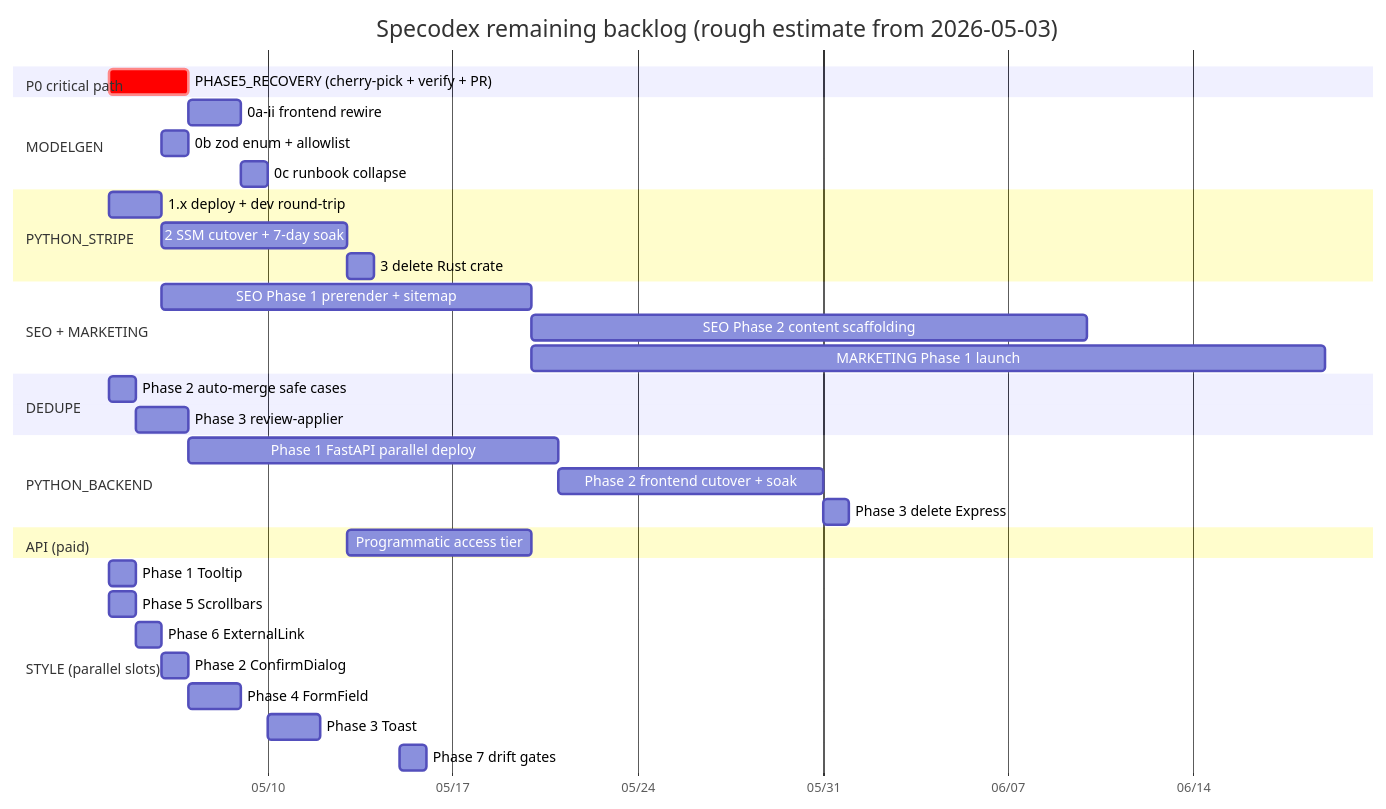
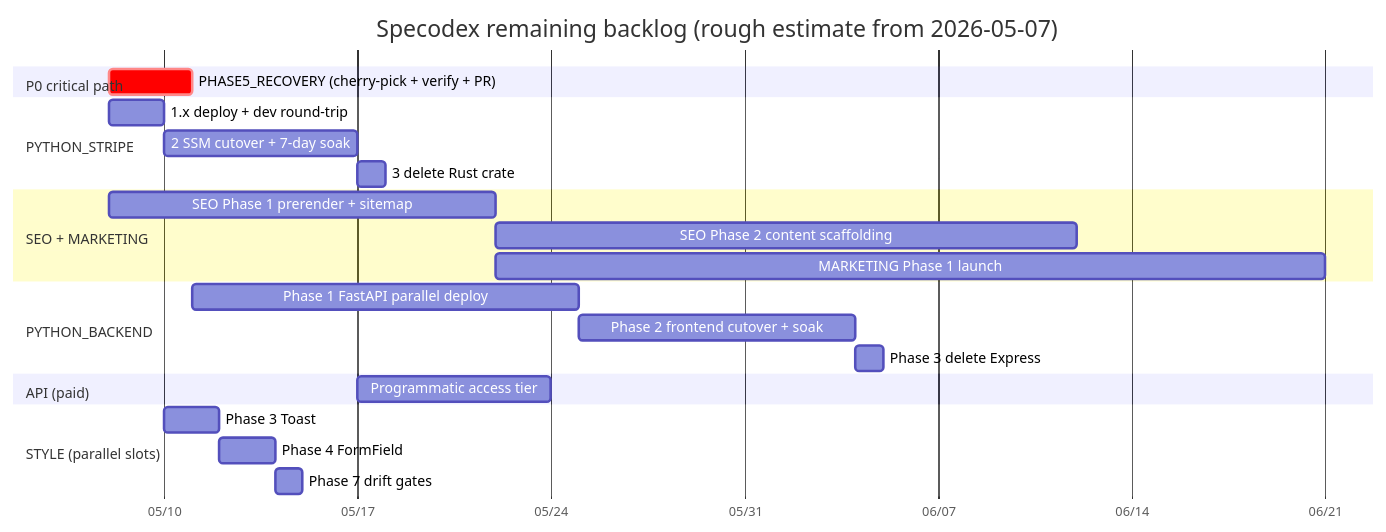
One commit to JimothyJohn/specodex changed the second of 2 diagrams in todo/README.md. Above: the diagram before and after it, drawn with Mermaid. The commit also changed other lines of this file, not shown here.

First line of the commit message:
docs(readme): refresh snapshot for 2026-05-07 (post-merge cleanup)

````diff
--- a/todo/README.md
+++ b/todo/README.md
@@ -174,45 +156,32 @@
 ```mermaid
 gantt
-    title Specodex remaining backlog (rough estimate from 2026-05-03)
+    title Specodex remaining backlog (rough estimate from 2026-05-07)
     dateFormat YYYY-MM-DD
     axisFormat %m/%d
 
     section P0 critical path
-    PHASE5_RECOVERY (cherry-pick + verify + PR) :crit, p5, 2026-05-04, 3d
-
-    section MODELGEN
-    0a-ii frontend rewire           :m1, after p5, 2d
-    0b zod enum + allowlist         :m2, 2026-05-06, 1d
-    0c runbook collapse             :after m1, 1d
+    PHASE5_RECOVERY (cherry-pick + verify + PR) :crit, p5, 2026-05-08, 3d
 
     section PYTHON_STRIPE
-    1.x deploy + dev round-trip      :s1, 2026-05-04, 2d
+    1.x deploy + dev round-trip      :s1, 2026-05-08, 2d
     2 SSM cutover + 7-day soak       :s2, after s1, 7d
     3 delete Rust crate              :after s2, 1d
 
     section SEO + MARKETING
-    SEO Phase 1 prerender + sitemap  :seo1, 2026-05-06, 14d
+    SEO Phase 1 prerender + sitemap  :seo1, 2026-05-08, 14d
     SEO Phase 2 content scaffolding  :seo2, after seo1, 21d
     MARKETING Phase 1 launch         :after seo1, 30d
-
-    section DEDUPE
-    Phase 2 auto-merge safe cases    :d2, 2026-05-04, 1d
-    Phase 3 review-applier           :after d2, 2d
 
     section PYTHON_BACKEND
     Phase 1 FastAPI parallel deploy  :pb1, after p5, 14d
     Phase 2 frontend cutover + soak  :pb2, after pb1, 10d
     Phase 3 delete Express           :after pb2, 1d
 
     section API (paid)
     Programmatic access tier         :after s2, 7d
 
     section STYLE (parallel slots)
-    Phase 1 Tooltip                  :st1, 2026-05-04, 1d
-    Phase 5 Scrollbars               :2026-05-04, 1d
-    Phase 6 ExternalLink             :after st1, 1d
-    Phase 2 ConfirmDialog            :st2, 2026-05-06, 1d
-    Phase 4 FormField                :after st2, 2d
-    Phase 3 Toast                    :2026-05-10, 2d
-    Phase 7 drift gates              :2026-05-15, 1d
+    Phase 3 Toast                    :st3, 2026-05-10, 2d
+    Phase 4 FormField                :st4, after st3, 2d
+    Phase 7 drift gates              :after st4, 1d
 ```
````
